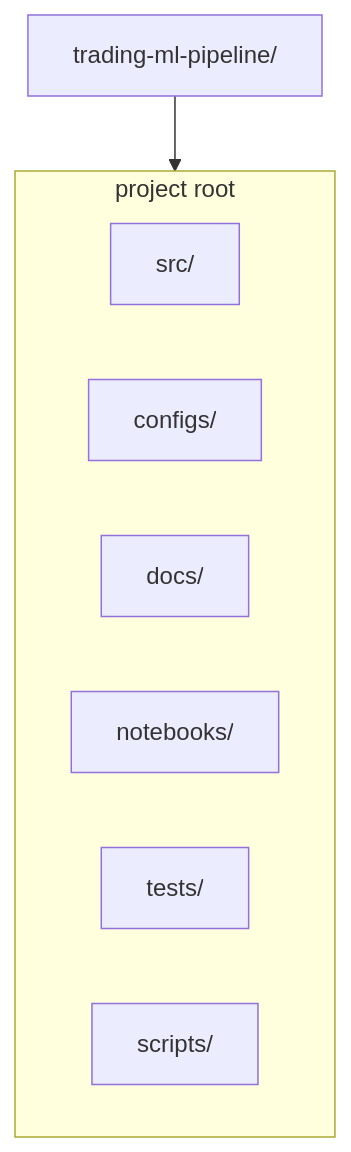
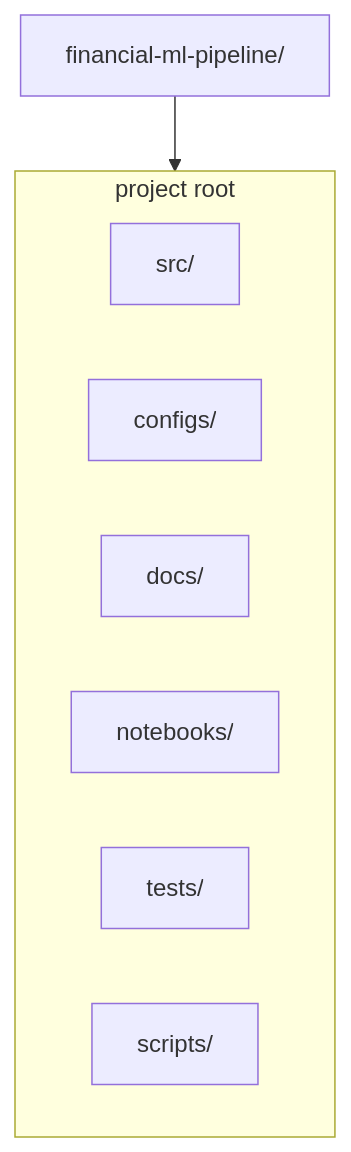
One commit to khonen-git/FinancialMLPipeline changed the diagram in docs/ARCH_INFRA.md. Above: the diagram before and after it, drawn with Mermaid. The commit also changed other lines of this file and 7 other files, not shown here.

First line of the commit message:
refactor: rename conda environment from trading-ml to financial-ml

````diff
--- a/docs/ARCH_INFRA.md
+++ b/docs/ARCH_INFRA.md
@@ -11,13 +11,13 @@
 ```mermaid
 flowchart TD
-    ROOT["trading-ml-pipeline/"]
+    ROOT["financial-ml-pipeline/"]
     subgraph ROOT_DIR["project root"]
         SRC["src/"]
         CONFIGS["configs/"]
         DOCS["docs/"]
         NOTEBOOKS["notebooks/"]
         TESTS["tests/"]
         SCRIPTS["scripts/"]
     end
     ROOT --> ROOT_DIR
 ```
````
